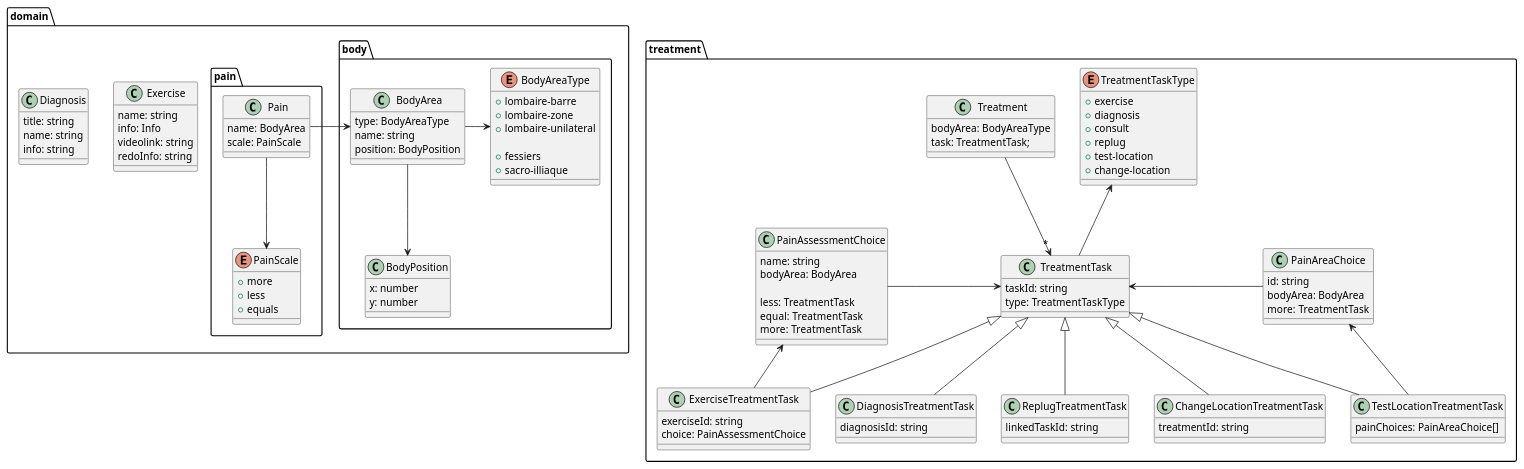
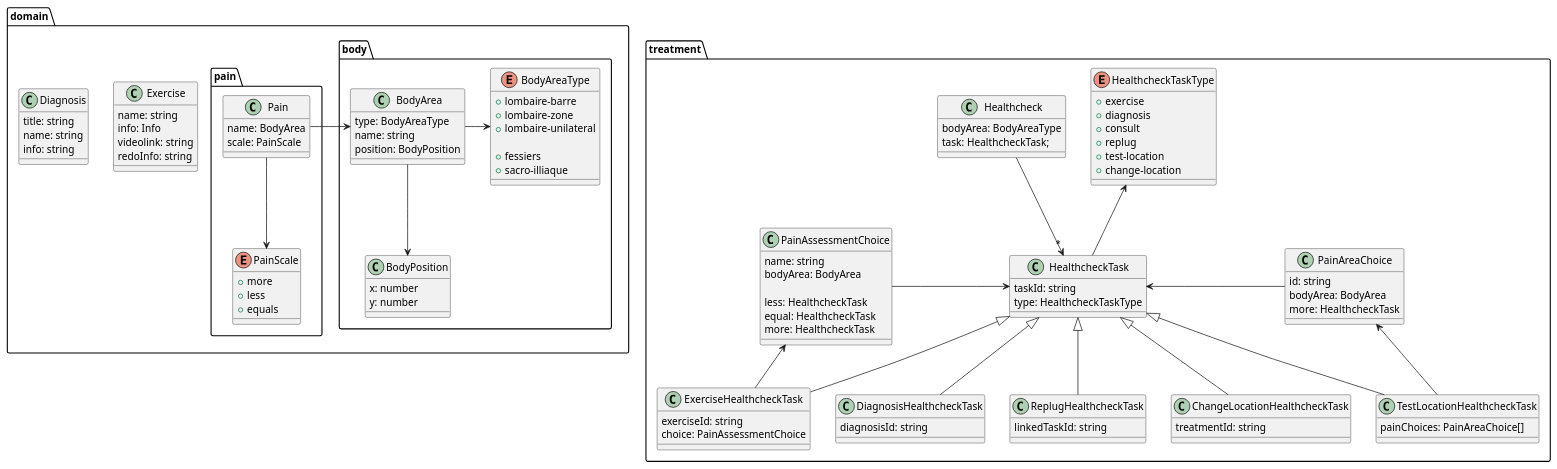
One commit to cevex/kinetic changed the diagram in documentation/puml/domain.model.puml. Above: the diagram before and after it, drawn with PlantUML. The commit also changed 2 other files, not shown here.

```diff
--- a/documentation/puml/domain.model.puml
+++ b/documentation/puml/domain.model.puml
@@ -1,137 +1,137 @@
 @startuml
 
 package domain {
     package body {
 
         class BodyArea {
             type: BodyAreaType
             name: string
             position: BodyPosition
         }
 
         enum BodyAreaType {
             + lombaire-barre
             + lombaire-zone
             + lombaire-unilateral
 
             + fessiers
             + sacro-illiaque
         }
 
         class BodyPosition {
             x: number
             y: number
         }
 
         BodyArea -r-> BodyAreaType
         BodyArea --> BodyPosition
     }
 
     package pain {
 
         class Pain {
             name: BodyArea
             scale: PainScale
         }
 
         enum PainScale {
             + more
             + less
             + equals
         }
 
         Pain --> PainScale
         Pain -r-> BodyArea
     }
 
     class Exercise {
         name: string
         info: Info
         videolink: string
         redoInfo: string
     }
 
     class Diagnosis {
         title: string
         name: string
         info: string
     }
 }
 
 package treatment {
 
-    class Treatment {
+    class Healthcheck {
         bodyArea: BodyAreaType
-        task: TreatmentTask;
+        task: HealthcheckTask;
     }
 
-    class TreatmentTask {
+    class HealthcheckTask {
         taskId: string
-        type: TreatmentTaskType
+        type: HealthcheckTaskType
     }
 
-    enum TreatmentTaskType {
+    enum HealthcheckTaskType {
         + exercise
         + diagnosis
         + consult
         + replug
         + test-location
         + change-location
         '+ pain-assessment
     }
 
-    class ExerciseTreatmentTask {
+    class ExerciseHealthcheckTask {
         exerciseId: string
         choice: PainAssessmentChoice
     }
 
-    class DiagnosisTreatmentTask {
+    class DiagnosisHealthcheckTask {
         diagnosisId: string
     }
 
-    class ReplugTreatmentTask {
+    class ReplugHealthcheckTask {
         linkedTaskId: string
     }
 
-    class ChangeLocationTreatmentTask {
+    class ChangeLocationHealthcheckTask {
         treatmentId: string
     }
 
-    class TestLocationTreatmentTask {
+    class TestLocationHealthcheckTask {
         painChoices: PainAreaChoice[]
     }
 
     class PainAssessmentChoice {
         name: string
         bodyArea: BodyArea
 
-        less: TreatmentTask
-        equal: TreatmentTask
-        more: TreatmentTask
+        less: HealthcheckTask
+        equal: HealthcheckTask
+        more: HealthcheckTask
     }
 
     class PainAreaChoice {
         id: string
         bodyArea: BodyArea
-        more: TreatmentTask
+        more: HealthcheckTask
     }
 
 
-    Treatment --> "*" TreatmentTask
+    Healthcheck --> "*" HealthcheckTask
 
-    TreatmentTask -u-> TreatmentTaskType
+    HealthcheckTask -u-> HealthcheckTaskType
 
-    TreatmentTask <|-- ExerciseTreatmentTask
-    TreatmentTask <|-- DiagnosisTreatmentTask
-    TreatmentTask <|-- ReplugTreatmentTask
-    TreatmentTask <|-- TestLocationTreatmentTask
-    TreatmentTask <|--  ChangeLocationTreatmentTask
+    HealthcheckTask <|-- ExerciseHealthcheckTask
+    HealthcheckTask <|-- DiagnosisHealthcheckTask
+    HealthcheckTask <|-- ReplugHealthcheckTask
+    HealthcheckTask <|-- TestLocationHealthcheckTask
+    HealthcheckTask <|--  ChangeLocationHealthcheckTask
 
-    ExerciseTreatmentTask -u-> PainAssessmentChoice
-    TestLocationTreatmentTask -u-> PainAreaChoice
+    ExerciseHealthcheckTask -u-> PainAssessmentChoice
+    TestLocationHealthcheckTask -u-> PainAreaChoice
 
-    PainAssessmentChoice -r-> TreatmentTask
-    PainAreaChoice -l-> TreatmentTask
+    PainAssessmentChoice -r-> HealthcheckTask
+    PainAreaChoice -l-> HealthcheckTask
 }
 
 @enduml
```
